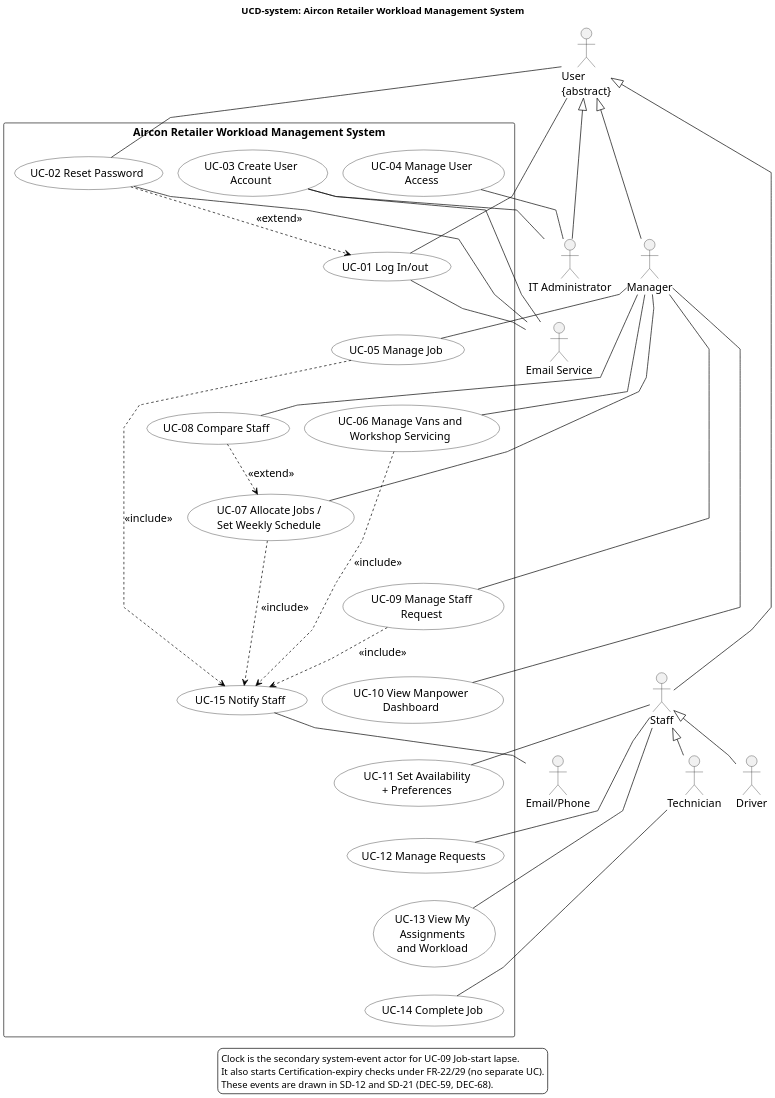
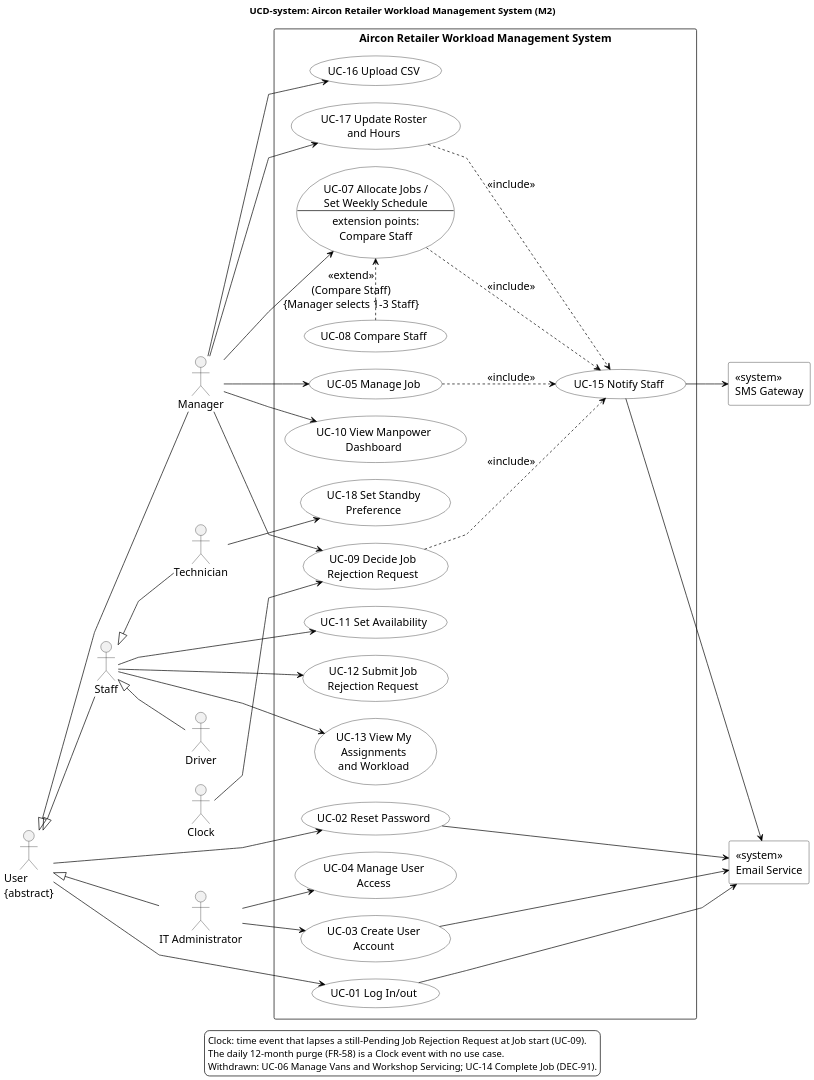
Before and after one commit to ZadeNova/inf2001-SE: the diagram in diagrams/UCD-system.puml, drawn with PlantUML. The commit also changed 36 other files, not shown here.

```diff
--- a/diagrams/UCD-system.puml
+++ b/diagrams/UCD-system.puml
@@ -1,100 +1,95 @@
 @startuml UCD-system
 skinparam backgroundColor white
 skinparam shadowing false
 skinparam defaultFontName Arial
 skinparam defaultFontSize 16
 skinparam ArrowColor black
-skinparam activity {
- BackgroundColor white
- BorderColor black
- DiamondBackgroundColor white
- DiamondBorderColor black
- StartColor black
- EndColor black
-}
-skinparam swimlaneBorderColor black
-skinparam swimlaneTitleFontStyle bold
-skinparam conditionStyle InsideDiamond
 skinparam wrapWidth 190
 skinparam dpi 180
-title UCD-system: Aircon Retailer Workload Management System
-' Traces: UC-01 to UC-15; finalized use-case-list v2.3.
-' Sources: DEC-17, DEC-18, DEC-45, DEC-46, DEC-47; Brief R1-R11.
-' Phone mechanism: SMS (DEC-48); initial credentials: email (DEC-49); includes: DEC-50.
-top to bottom direction
+title UCD-system: Aircon Retailer Workload Management System (M2)
+' Traces: UC-01 to UC-05, UC-07 to UC-13, UC-15 to UC-18; SRS v4.0; use-case list v3.0.
+' Sources: DEC-17, DEC-18, DEC-45, DEC-88, DEC-91; Brief R1-R11; M2-Brief §1, §5.4.
+' UC-06 and UC-14 are Withdrawn (DEC-91). UC-02 is standalone (no <<extend>>).
+' Email Service and SMS Gateway are non-human <<system>> actors drawn as boxes (DEC-88).
+' Arrows from an actor point to the use case it starts; arrows to a <<system>> actor show the system calling it.
+' HR system and van vendor are not actors: the Manager uploads their CSV files (DEC-74).
+left to right direction
 skinparam linetype polyline
-skinparam nodesep 22
-skinparam ranksep 40
+skinparam nodesep 25
+skinparam ranksep 60
 skinparam usecaseBackgroundColor white
 skinparam usecaseBorderColor black
+skinparam rectangleBackgroundColor white
+skinparam rectangleBorderColor black
 skinparam actorStyle stickman
+
 actor "User\n{abstract}" as User
 actor Manager
-actor "Staff" as Staff
+actor Staff
 actor Driver
 actor Technician
 actor "IT Administrator" as ITA
-actor "Email Service" as Email
-actor "Email/Phone" as Notify
+actor Clock
+
 User <|-- Manager
 User <|-- Staff
 User <|-- ITA
 Staff <|-- Driver
 Staff <|-- Technician
+
 rectangle "Aircon Retailer Workload Management System" {
  usecase "UC-01 Log In/out" as U1
  usecase "UC-02 Reset Password" as U2
  usecase "UC-03 Create User Account" as U3
  usecase "UC-04 Manage User Access" as U4
  usecase "UC-05 Manage Job" as U5
- usecase "UC-06 Manage Vans and\nWorkshop Servicing" as U6
- usecase "UC-07 Allocate Jobs /\nSet Weekly Schedule" as U7
+ usecase "UC-07 Allocate Jobs /\nSet Weekly Schedule\n--\nextension points:\nCompare Staff" as U7
  usecase "UC-08 Compare Staff" as U8
- usecase "UC-09 Manage Staff Request" as U9
- usecase "UC-10 View Manpower Dashboard" as U10
- usecase "UC-11 Set Availability\n+ Preferences" as U11
- usecase "UC-12 Manage Requests" as U12
+ usecase "UC-09 Decide Job\nRejection Request" as U9
+ usecase "UC-10 View Manpower\nDashboard" as U10
+ usecase "UC-11 Set Availability" as U11
+ usecase "UC-12 Submit Job\nRejection Request" as U12
  usecase "UC-13 View My Assignments\nand Workload" as U13
- usecase "UC-14 Complete Job" as U14
  usecase "UC-15 Notify Staff" as U15
- U1 -[hidden]down- U5
- U5 -[hidden]down- U6
- U6 -[hidden]down- U7
- U7 -[hidden]down- U9
- U9 -[hidden]down- U10
- U10 -[hidden]down- U11
- U11 -[hidden]down- U12
- U12 -[hidden]down- U13
- U13 -[hidden]down- U14
+ usecase "UC-16 Upload CSV" as U16
+ usecase "UC-17 Update Roster\nand Hours" as U17
+ usecase "UC-18 Set Standby\nPreference" as U18
 }
-User -- U1
-User -- U2
-Manager -- U5
-Manager -- U6
-Manager -- U7
-Manager -- U8
-Manager -- U9
-Manager -- U10
-Staff -- U11
-Staff -- U12
-Staff -- U13
-Technician -- U14
-U3 -- ITA
-U4 -- ITA
-U1 -- Email
-U2 -- Email
-U3 -- Email
-U15 -- Notify
-U2 ..> U1 : <<extend>>
-U8 ..> U7 : <<extend>>
+
+rectangle "<<system>>\nEmail Service" as Email
+rectangle "<<system>>\nSMS Gateway" as SMS
+
+User --> U1
+User --> U2
+ITA --> U3
+ITA --> U4
+Manager --> U5
+Manager --> U7
+Manager --> U9
+Manager --> U10
+Manager --> U16
+Manager --> U17
+Staff --> U11
+Staff --> U12
+Staff --> U13
+Technician --> U18
+Clock --> U9
+
+U8 .> U7 : <<extend>>\n(Compare Staff)\n{Manager selects 1-3 Staff}
 U5 ..> U15 : <<include>>
-U6 ..> U15 : <<include>>
 U7 ..> U15 : <<include>>
 U9 ..> U15 : <<include>>
+U17 ..> U15 : <<include>>
+
+U1 --> Email
+U2 --> Email
+U3 --> Email
+U15 --> Email
+U15 --> SMS
 
 legend bottom
-Clock is the secondary system-event actor for UC-09 Job-start lapse.
-It also starts Certification-expiry checks under FR-22/29 (no separate UC).
-These events are drawn in SD-12 and SD-21 (DEC-59, DEC-68).
+Clock: time event that lapses a still-Pending Job Rejection Request at Job start (UC-09).
+The daily 12-month purge (FR-58) is a Clock event with no use case.
+Withdrawn: UC-06 Manage Vans and Workshop Servicing; UC-14 Complete Job (DEC-91).
 endlegend
 @enduml
```
